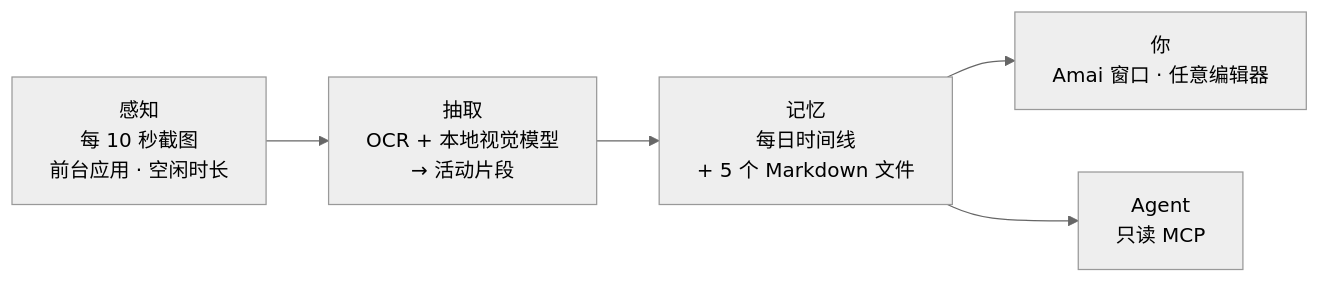
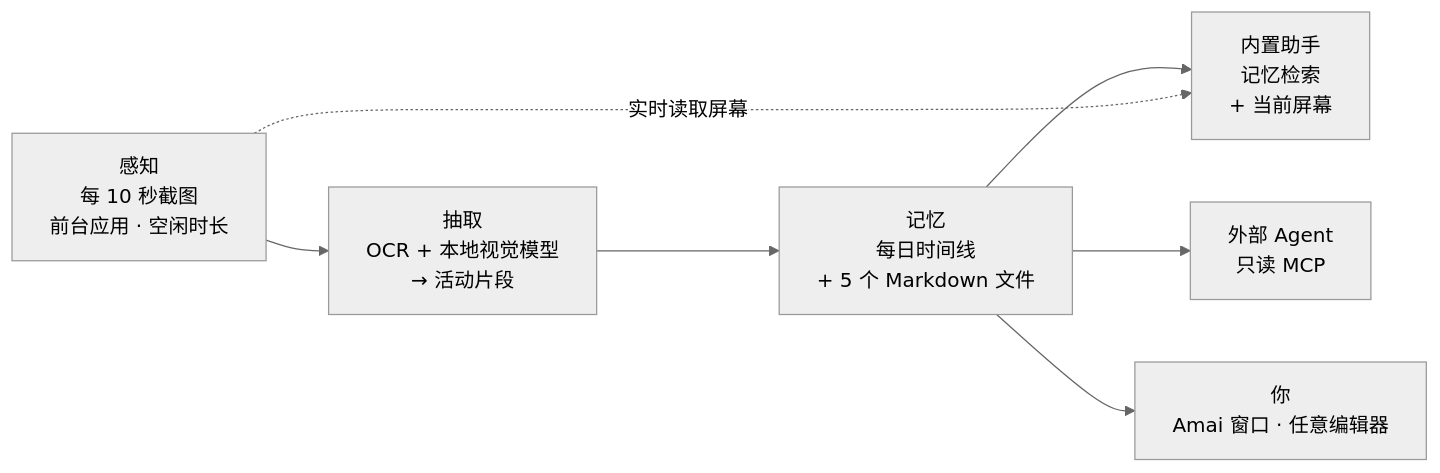
Before and after one commit to Penrose0v0/Amai: the diagram in README.zh-CN.md, drawn with Mermaid (neutral theme). The commit also changed other lines of this file and 3 other files, not shown here.

````diff
--- a/README.zh-CN.md
+++ b/README.zh-CN.md
@@ -117,7 +136,9 @@
 ```mermaid
 flowchart LR
     A["感知<br/>每 10 秒截图<br/>前台应用 · 空闲时长"] --> B["抽取<br/>OCR + 本地视觉模型<br/>→ 活动片段"]
     B --> C["记忆<br/>每日时间线<br/>+ 5 个 Markdown 文件"]
-    C --> D["你<br/>Amai 窗口 · 任意编辑器"]
-    C --> E["Agent<br/>只读 MCP"]
+    C --> D["内置助手<br/>记忆检索<br/>+ 当前屏幕"]
+    C --> E["外部 Agent<br/>只读 MCP"]
+    C --> F["你<br/>Amai 窗口 · 任意编辑器"]
+    A -. "实时读取屏幕" .-> D
 ```
````
